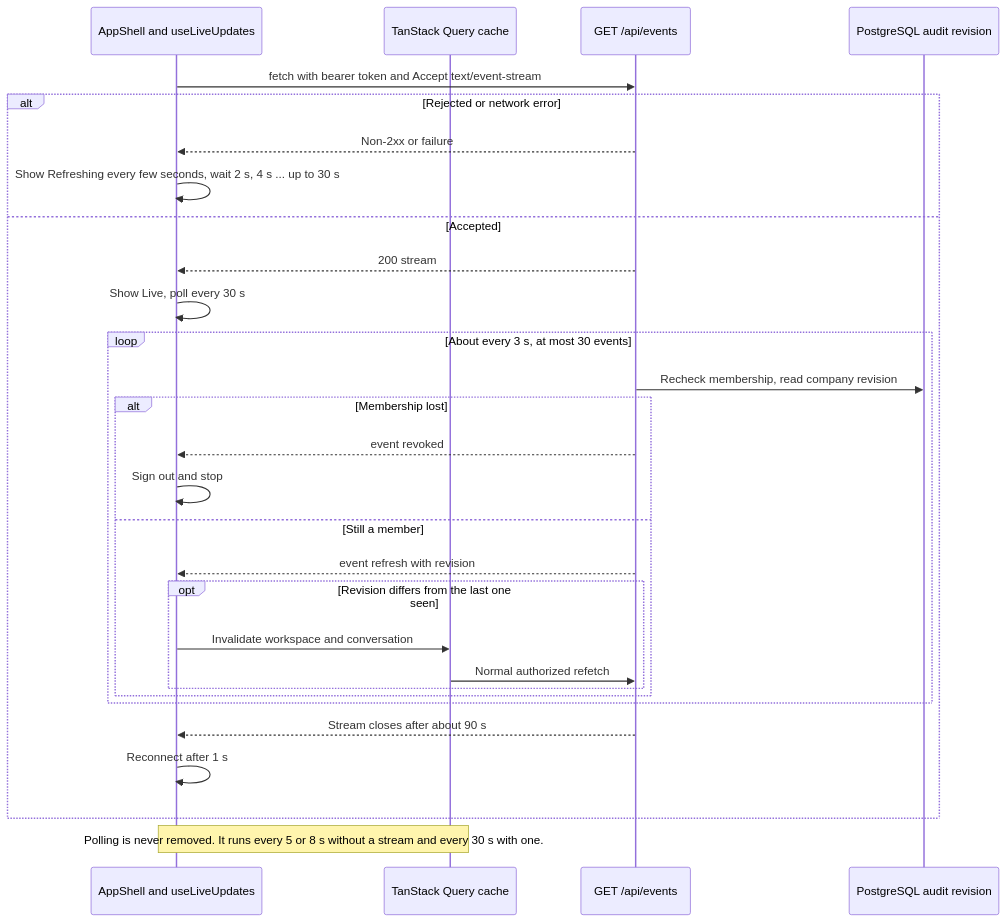
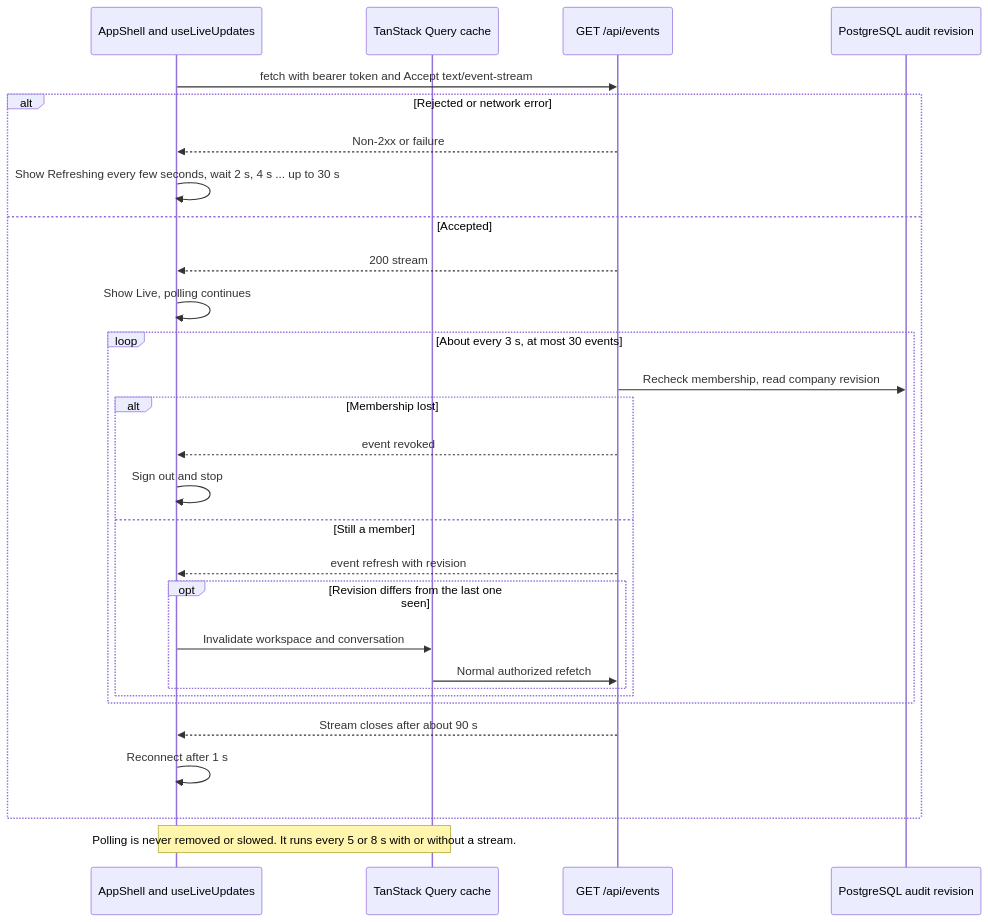
One commit to Nagdy8888/lumaquote changed the second of 2 diagrams in docs/reference/FRONTEND.md. Above: the diagram before and after it, drawn with Mermaid. The commit also changed other lines of this file and 23 other files, not shown here.

````diff
--- a/docs/reference/FRONTEND.md
+++ b/docs/reference/FRONTEND.md
@@ -76,33 +76,33 @@
 ```mermaid
 sequenceDiagram
   accTitle: Authenticated live updates with polling fallback
-  accDescr: The shell opens one authenticated event stream with the bearer token. The server rechecks membership and sends the company revision about every three seconds. A changed revision invalidates the workspace and conversation queries, which refetch through the normal API. A revoked event signs the user out. A normal end reconnects after one second and an error backs off from two to thirty seconds. Polling stays on as a slow safety net while connected and runs at the faster rate when not connected.
+  accDescr: The shell opens one authenticated event stream with the bearer token. The server rechecks membership and sends the company revision about every three seconds. A changed revision invalidates the workspace and conversation queries, which refetch through the normal API. A revoked event signs the user out. A normal end reconnects after one second and an error backs off from two to thirty seconds. Polling is unchanged and keeps running at its normal rate, because worker results such as a finished transcription write no revision.
   participant UI as AppShell and useLiveUpdates
   participant Q as TanStack Query cache
   participant API as GET /api/events
   participant DB as PostgreSQL audit revision
   UI->>API: fetch with bearer token and Accept text/event-stream
   alt Rejected or network error
     API-->>UI: Non-2xx or failure
     UI->>UI: Show Refreshing every few seconds, wait 2 s, 4 s ... up to 30 s
   else Accepted
     API-->>UI: 200 stream
-    UI->>UI: Show Live, poll every 30 s
+    UI->>UI: Show Live, polling continues
     loop About every 3 s, at most 30 events
       API->>DB: Recheck membership, read company revision
       alt Membership lost
         API-->>UI: event revoked
         UI->>UI: Sign out and stop
       else Still a member
         API-->>UI: event refresh with revision
         opt Revision differs from the last one seen
           UI->>Q: Invalidate workspace and conversation
           Q->>API: Normal authorized refetch
         end
       end
     end
     API-->>UI: Stream closes after about 90 s
     UI->>UI: Reconnect after 1 s
   end
-  Note over UI,Q: Polling is never removed. It runs every 5 or 8 s without a stream and every 30 s with one.
+  Note over UI,Q: Polling is never removed or slowed. It runs every 5 or 8 s with or without a stream.
 ```
````
